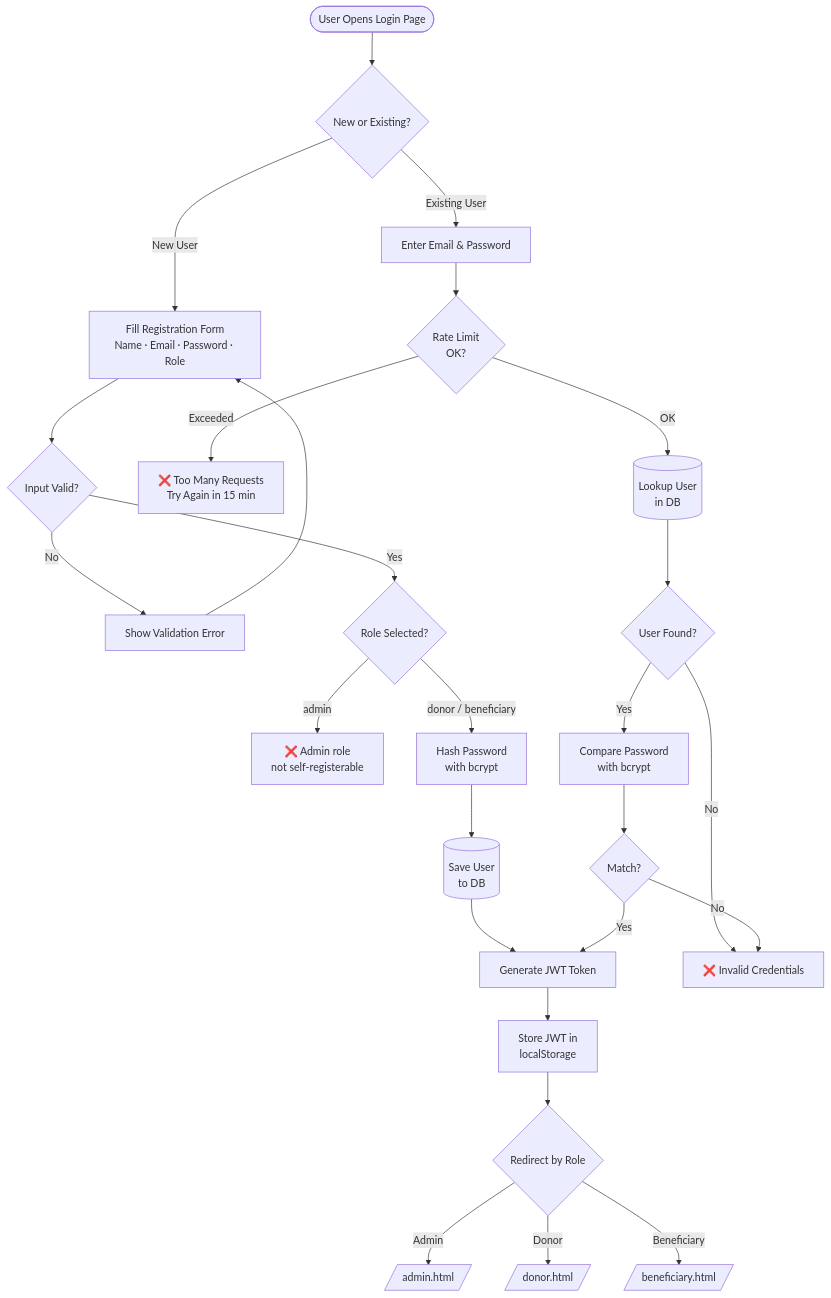
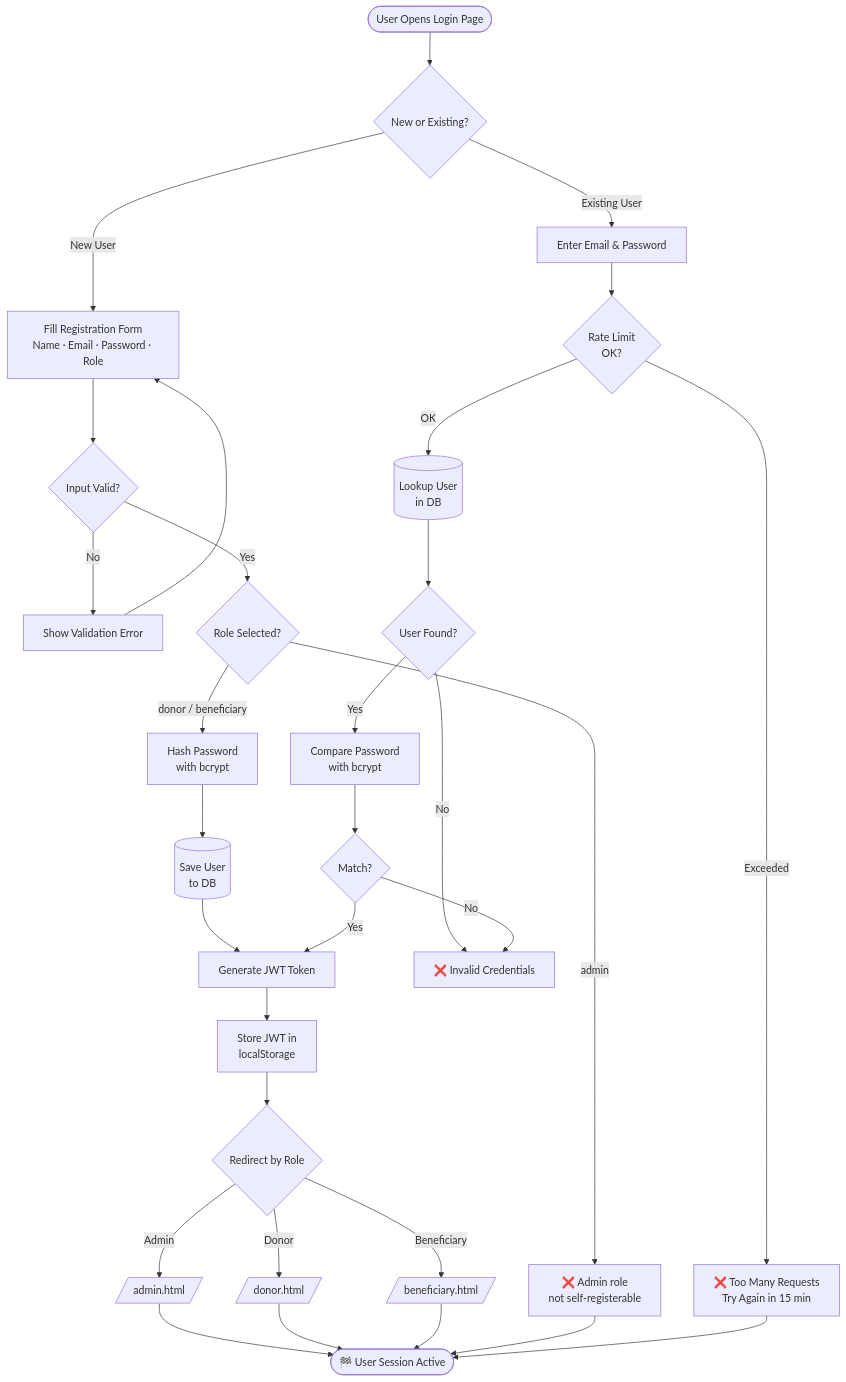
One commit to erabdurrahman/financial_resourse_managment_for_social-_wlefare changed the second of 8 diagrams in docs/flow-diagram.md. Above: the diagram before and after it, drawn with Mermaid. The commit also changed other lines of this file, not shown here.

First line of the commit message:
Add end terminal nodes to all flow diagrams in docs/flow-diagram.md

````diff
--- a/docs/flow-diagram.md
+++ b/docs/flow-diagram.md
@@ -52,31 +62,37 @@
 ```mermaid
 flowchart TD
     Start([User Opens Login Page]) --> Choice{New or Existing?}
 
     Choice -- New User --> Register[Fill Registration Form\nName · Email · Password · Role]
     Register --> ValReg{Input Valid?}
     ValReg -- No --> RegErr[Show Validation Error]
     RegErr --> Register
     ValReg -- Yes --> RoleCheck{Role Selected?}
     RoleCheck -- admin --> DenyAdmin[❌ Admin role\nnot self-registerable]
     RoleCheck -- donor / beneficiary --> HashPwd[Hash Password\nwith bcrypt]
     HashPwd --> SaveUser[(Save User\nto DB)]
     SaveUser --> GenToken[Generate JWT Token]
 
     Choice -- Existing User --> LoginForm[Enter Email & Password]
     LoginForm --> RateLimit{Rate Limit\nOK?}
     RateLimit -- Exceeded --> Block[❌ Too Many Requests\nTry Again in 15 min]
     RateLimit -- OK --> FindUser[(Lookup User\nin DB)]
     FindUser --> Exists{User Found?}
     Exists -- No --> WrongCred[❌ Invalid Credentials]
     Exists -- Yes --> ComparePwd[Compare Password\nwith bcrypt]
     ComparePwd --> PwdMatch{Match?}
     PwdMatch -- No --> WrongCred
     PwdMatch -- Yes --> GenToken
 
     GenToken --> StoreToken[Store JWT in\nlocalStorage]
     StoreToken --> Redirect{Redirect by Role}
     Redirect -- Admin --> AdminDash[/admin.html/]
     Redirect -- Donor --> DonorDash[/donor.html/]
     Redirect -- Beneficiary --> BenefDash[/beneficiary.html/]
+
+    AdminDash --> AuthEnd([🏁 User Session Active])
+    DonorDash --> AuthEnd
+    BenefDash --> AuthEnd
+    DenyAdmin --> AuthEnd
+    Block --> AuthEnd
 ```
````
